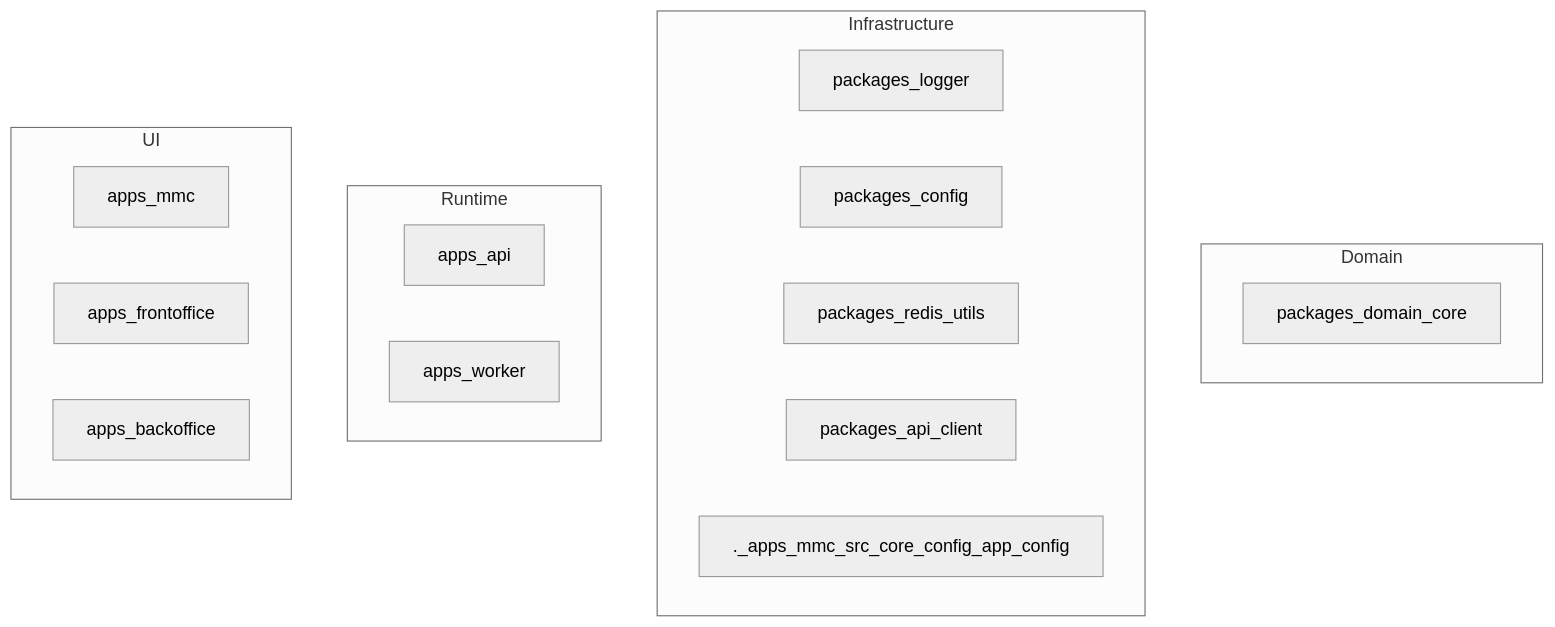
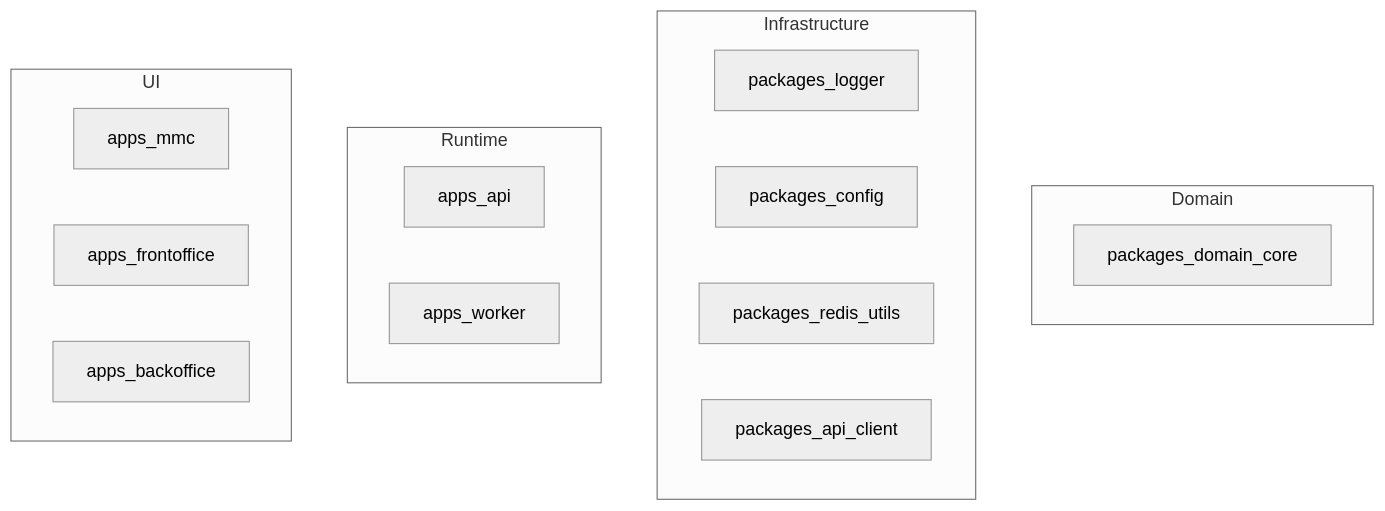
One commit to majedsiefalnasr/zidney-app2 changed the first of 3 diagrams in docs/architecture/ARCHITECTURE_DIAGRAMS.md. Above: the diagram before and after it, drawn with Mermaid (neutral theme). The commit also changed other lines of this file and 35 other files, not shown here.

````diff
--- a/docs/architecture/ARCHITECTURE_DIAGRAMS.md
+++ b/docs/architecture/ARCHITECTURE_DIAGRAMS.md
@@ -10,27 +10,26 @@
 ```mermaid
 graph TD
 
   subgraph Domain
   packages_domain_core
   end
 
   subgraph Infrastructure
   packages_logger
   packages_config
   packages_redis_utils
   packages_api_client
-  ._apps_mmc_src_core_config_app_config
   end
 
   subgraph Runtime
   apps_api
   apps_worker
   end
 
   subgraph UI
   apps_mmc
   apps_frontoffice
   apps_backoffice
   end
 
 ```
````
